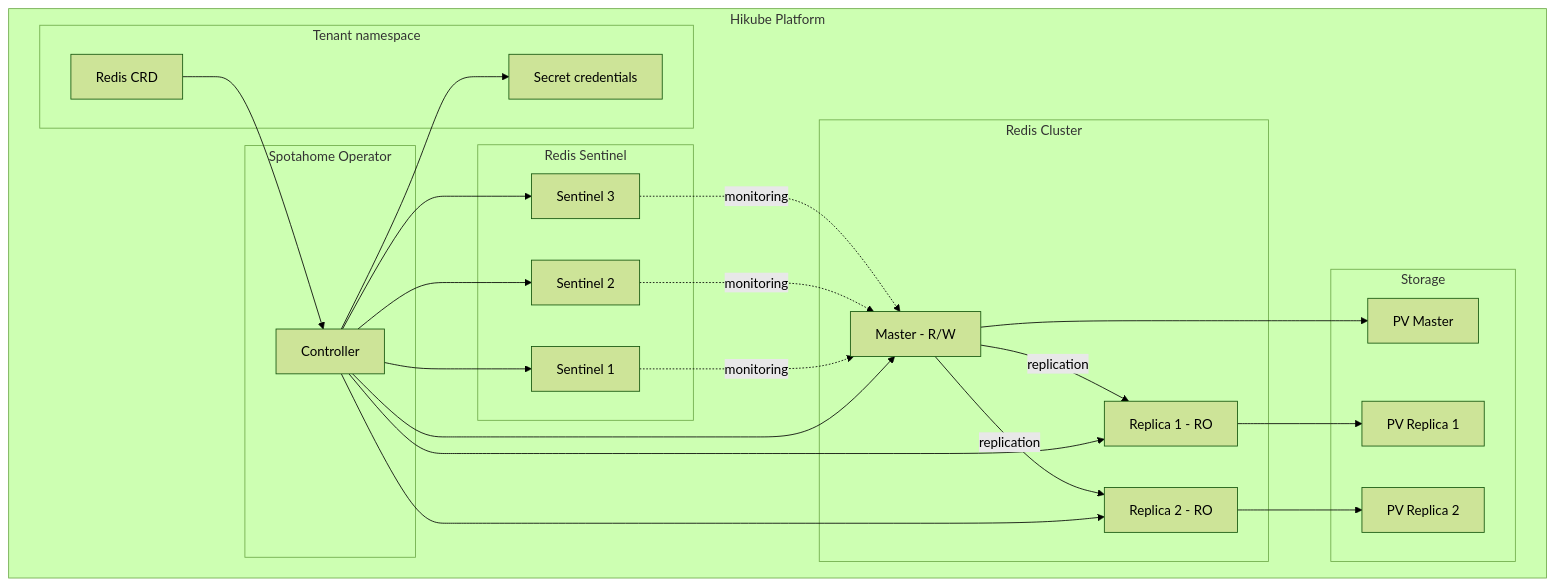
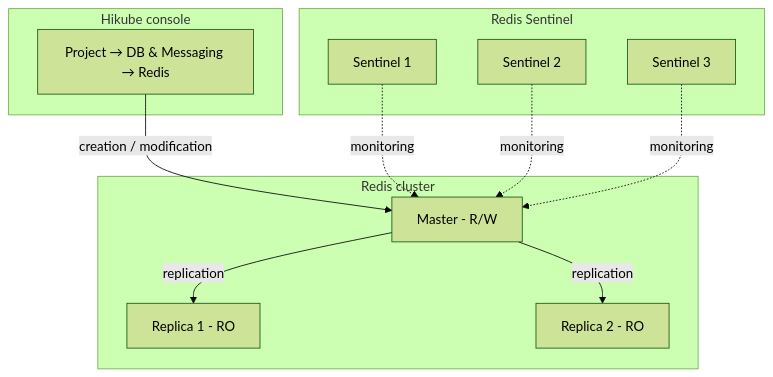
The first of 2 diagrams in i18n/en/docusaurus-plugin-content-docs/current/services/databases/redis/concepts.md (HidoraSwiss/hikube-public-doc), drawn with Mermaid (forest theme) before and after one commit. The commit also changed other lines of this file and 148 other files, not shown here.

````diff
--- a/i18n/en/docusaurus-plugin-content-docs/current/services/databases/redis/concepts.md
+++ b/i18n/en/docusaurus-plugin-content-docs/current/services/databases/redis/concepts.md
@@ -12,48 +12,25 @@
 ```mermaid
 graph TB
-    subgraph "Hikube Platform"
-        subgraph "Tenant namespace"
-            CR[Redis CRD]
-            SEC[Secret credentials]
-        end
-
-        subgraph "Spotahome Operator"
-            OP[Controller]
-        end
-
-        subgraph "Redis Cluster"
-            M[Master - R/W]
-            R1[Replica 1 - RO]
-            R2[Replica 2 - RO]
-        end
-
-        subgraph "Redis Sentinel"
-            S1[Sentinel 1]
-            S2[Sentinel 2]
-            S3[Sentinel 3]
-        end
-
-        subgraph "Storage"
-            PV1[PV Master]
-            PV2[PV Replica 1]
-            PV3[PV Replica 2]
-        end
+    subgraph "Hikube console"
+        UI[Project → DB & Messaging → Redis]
     end
 
-    CR --> OP
-    OP --> M
-    OP --> R1
-    OP --> R2
-    OP --> S1
-    OP --> S2
-    OP --> S3
+    subgraph "Redis cluster"
+        M[Master - R/W]
+        R1[Replica 1 - RO]
+        R2[Replica 2 - RO]
+    end
+
+    subgraph "Redis Sentinel"
+        S1[Sentinel 1]
+        S2[Sentinel 2]
+        S3[Sentinel 3]
+    end
+
+    UI -->|creation / modification| M
     M -->|replication| R1
     M -->|replication| R2
     S1 -.->|monitoring| M
     S2 -.->|monitoring| M
     S3 -.->|monitoring| M
-    M --> PV1
-    R1 --> PV2
-    R2 --> PV3
-    OP --> SEC
 ```
````
